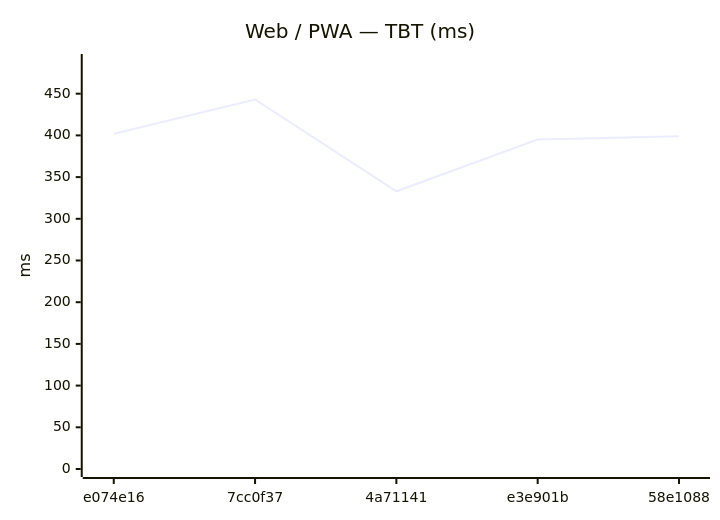
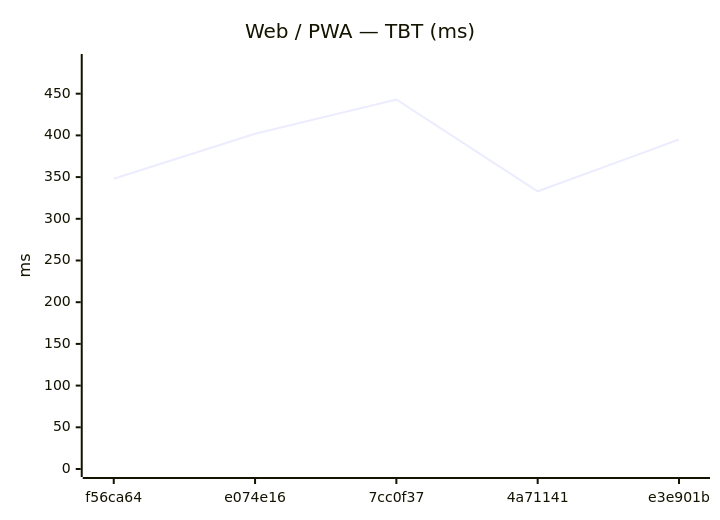
The eighth of 18 diagrams in benchmarks/compare.md (Metaheurist/Rianell), drawn with Mermaid before and after one commit. The commit also changed other lines of this file and 11 other files, not shown here.

````diff
--- a/benchmarks/compare.md
+++ b/benchmarks/compare.md
@@ -124,7 +124,7 @@
 ```mermaid
 xychart-beta
     title "Web / PWA — TBT (ms)"
-    x-axis ["e074e16", "7cc0f37", "4a71141", "e3e901b", "58e1088"]
+    x-axis ["f56ca64", "e074e16", "7cc0f37", "4a71141", "e3e901b"]
     y-axis "ms" 0 --> 488
-    line [402, 443, 333, 395, 399]
+    line [348, 402, 443, 333, 395]
 ```
````
